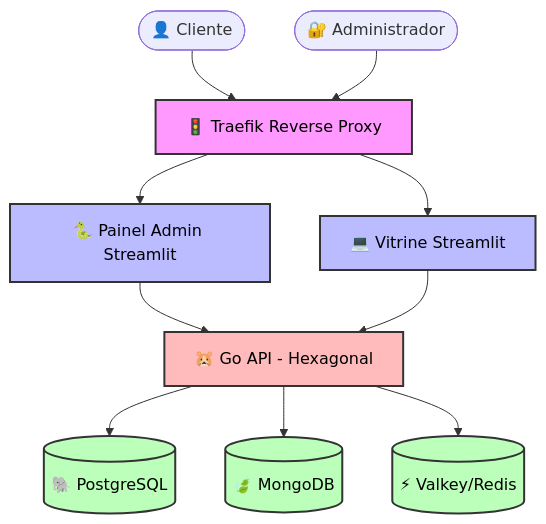
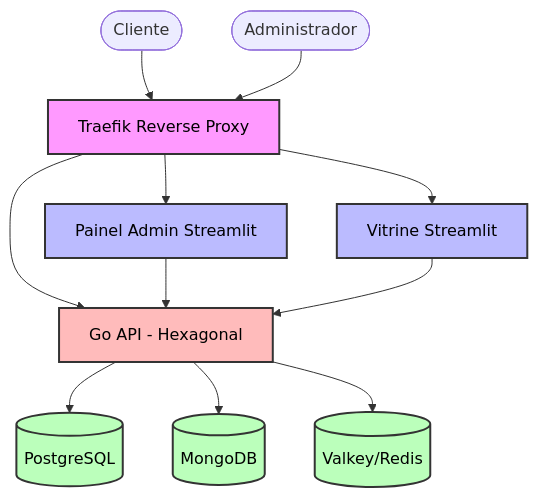
The diagram in README.md (alvarolucio2007/BazaarGo), drawn with Mermaid before and after one commit. The commit also changed other lines of this file, not shown here.

Commit message:
minor: Removing redundant emojis

````diff
--- a/README.md
+++ b/README.md
@@ -93,34 +93,35 @@
 ```mermaid
 flowchart TD
     %% Atores
-    User([👤 Cliente])
-    Admin([🔐 Administrador])
+    User([Cliente])
+    Admin([Administrador])
 
     %% Proxy
-    User --> Traefik[🚦 Traefik Reverse Proxy]
+    User --> Traefik[Traefik Reverse Proxy]
     Admin --> Traefik
 
     %% Frontends
-    Traefik --> Streamlit[💻 Vitrine Streamlit]
-    Traefik --> Vitrine[🐍 Painel Admin Streamlit]
+    Traefik --> Streamlit[Vitrine Streamlit]
+    Traefik --> Vitrine[Painel Admin Streamlit]
+    Traefik --> API
 
     %% Backend
-    Vitrine --> API[🐹 Go API - Hexagonal]
+    Vitrine --> API[Go API - Hexagonal]
     Streamlit --> API
 
     %% Bancos de Dados (Persistência Poliglota)
-    API --> PG[(🐘 PostgreSQL)]
-    API --> Mongo[(🍃 MongoDB)]
-    API --> Valkey[(⚡ Valkey/Redis)]
+    API --> PG[(PostgreSQL)]
+    API --> Mongo[(MongoDB)]
+    API --> Valkey[(Valkey/Redis)]
 
     %% Estilização
     classDef proxy fill:#f9f,stroke:#333,stroke-width:2px,color:#000;
     classDef frontend fill:#bbf,stroke:#333,stroke-width:2px,color:#000;
     classDef backend fill:#fbb,stroke:#333,stroke-width:2px,color:#000;
     classDef database fill:#bfb,stroke:#333,stroke-width:2px,color:#000;
     
     class Traefik proxy;
     class Vitrine,Streamlit frontend;
     class API backend;
     class PG,Mongo,Valkey database;
 ```
````
